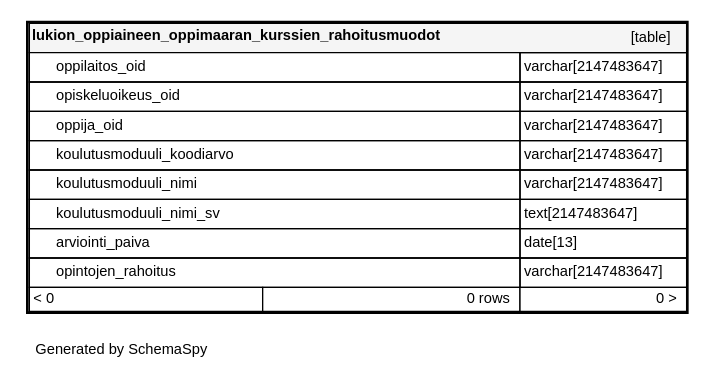
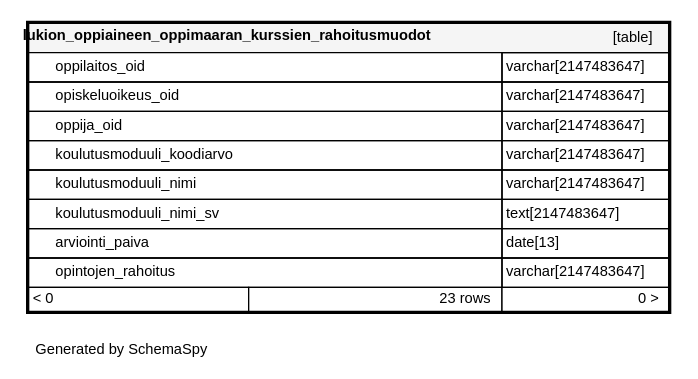
Before and after one commit to Opetushallitus/koski: the diagram in documentation/tietokantaskeemat/koski-raportointikanta/diagrams/tables/lukion_oppiaineen_oppimaaran_ku_6b9ab367.1degree.dot, drawn with Graphviz. The commit also changed 246 other files, not shown here.

```diff
--- a/documentation/tietokantaskeemat/koski-raportointikanta/diagrams/tables/lukion_oppiaineen_oppimaaran_ku_6b9ab367.1degree.dot
+++ b/documentation/tietokantaskeemat/koski-raportointikanta/diagrams/tables/lukion_oppiaineen_oppimaaran_ku_6b9ab367.1degree.dot
@@ -1,21 +1,21 @@
 digraph "oneDegreeRelationshipsDiagram" {
   graph [    rankdir="RL"    bgcolor="#ffffff"    label="\nGenerated by SchemaSpy"    labeljust="l"    nodesep="0.18"    ranksep="0.46"    fontname="Helvetica"    fontsize="11"    ration="compress"  ];  node [    fontname="Helvetica"    fontsize="11"    shape="plaintext"  ];  edge [    arrowsize="0.8"  ];
   "lukion_oppiaineen_oppimaaran_kurssien_rahoitusmuodot" [
    label=<
     <TABLE BORDER="2" CELLBORDER="1" CELLSPACING="0" BGCOLOR="#ffffff">
-      <TR><TD COLSPAN="4"  BGCOLOR="#f5f5f5"><TABLE BORDER="0" CELLSPACING="0"><TR><TD ALIGN="LEFT" FIXEDSIZE="TRUE" WIDTH="347" HEIGHT="16"><B>lukion_oppiaineen_oppimaaran_kurssien_rahoitusmuodot</B></TD><TD ALIGN="RIGHT">[table]</TD></TR></TABLE></TD></TR>
-      <TR><TD PORT="oppilaitos_oid" COLSPAN="2" BGCOLOR="#ffffff" ALIGN="LEFT"><TABLE BORDER="0" CELLSPACING="0" ALIGN="LEFT"><TR ALIGN="LEFT"><TD ALIGN="LEFT" FIXEDSIZE="TRUE" WIDTH="15" HEIGHT="16"></TD><TD ALIGN="LEFT" FIXEDSIZE="TRUE" WIDTH="347" HEIGHT="16">oppilaitos_oid</TD></TR></TABLE></TD><TD PORT="oppilaitos_oid.type" ALIGN="LEFT">varchar[2147483647]</TD></TR>
-      <TR><TD PORT="opiskeluoikeus_oid" COLSPAN="2" ALIGN="LEFT"><TABLE BORDER="0" CELLSPACING="0" ALIGN="LEFT"><TR ALIGN="LEFT"><TD ALIGN="LEFT" FIXEDSIZE="TRUE" WIDTH="15" HEIGHT="16"></TD><TD ALIGN="LEFT" FIXEDSIZE="TRUE" WIDTH="347" HEIGHT="16">opiskeluoikeus_oid</TD></TR></TABLE></TD><TD PORT="opiskeluoikeus_oid.type" ALIGN="LEFT">varchar[2147483647]</TD></TR>
-      <TR><TD PORT="oppija_oid" COLSPAN="2" ALIGN="LEFT"><TABLE BORDER="0" CELLSPACING="0" ALIGN="LEFT"><TR ALIGN="LEFT"><TD ALIGN="LEFT" FIXEDSIZE="TRUE" WIDTH="15" HEIGHT="16"></TD><TD ALIGN="LEFT" FIXEDSIZE="TRUE" WIDTH="347" HEIGHT="16">oppija_oid</TD></TR></TABLE></TD><TD PORT="oppija_oid.type" ALIGN="LEFT">varchar[2147483647]</TD></TR>
-      <TR><TD PORT="koulutusmoduuli_koodiarvo" COLSPAN="2" ALIGN="LEFT"><TABLE BORDER="0" CELLSPACING="0" ALIGN="LEFT"><TR ALIGN="LEFT"><TD ALIGN="LEFT" FIXEDSIZE="TRUE" WIDTH="15" HEIGHT="16"></TD><TD ALIGN="LEFT" FIXEDSIZE="TRUE" WIDTH="347" HEIGHT="16">koulutusmoduuli_koodiarvo</TD></TR></TABLE></TD><TD PORT="koulutusmoduuli_koodiarvo.type" ALIGN="LEFT">varchar[2147483647]</TD></TR>
-      <TR><TD PORT="koulutusmoduuli_nimi" COLSPAN="2" ALIGN="LEFT"><TABLE BORDER="0" CELLSPACING="0" ALIGN="LEFT"><TR ALIGN="LEFT"><TD ALIGN="LEFT" FIXEDSIZE="TRUE" WIDTH="15" HEIGHT="16"></TD><TD ALIGN="LEFT" FIXEDSIZE="TRUE" WIDTH="347" HEIGHT="16">koulutusmoduuli_nimi</TD></TR></TABLE></TD><TD PORT="koulutusmoduuli_nimi.type" ALIGN="LEFT">varchar[2147483647]</TD></TR>
-      <TR><TD PORT="koulutusmoduuli_nimi_sv" COLSPAN="2" ALIGN="LEFT"><TABLE BORDER="0" CELLSPACING="0" ALIGN="LEFT"><TR ALIGN="LEFT"><TD ALIGN="LEFT" FIXEDSIZE="TRUE" WIDTH="15" HEIGHT="16"></TD><TD ALIGN="LEFT" FIXEDSIZE="TRUE" WIDTH="347" HEIGHT="16">koulutusmoduuli_nimi_sv</TD></TR></TABLE></TD><TD PORT="koulutusmoduuli_nimi_sv.type" ALIGN="LEFT">text[2147483647]</TD></TR>
-      <TR><TD PORT="arviointi_paiva" COLSPAN="2" ALIGN="LEFT"><TABLE BORDER="0" CELLSPACING="0" ALIGN="LEFT"><TR ALIGN="LEFT"><TD ALIGN="LEFT" FIXEDSIZE="TRUE" WIDTH="15" HEIGHT="16"></TD><TD ALIGN="LEFT" FIXEDSIZE="TRUE" WIDTH="347" HEIGHT="16">arviointi_paiva</TD></TR></TABLE></TD><TD PORT="arviointi_paiva.type" ALIGN="LEFT">date[13]</TD></TR>
-      <TR><TD PORT="opintojen_rahoitus" COLSPAN="2" ALIGN="LEFT"><TABLE BORDER="0" CELLSPACING="0" ALIGN="LEFT"><TR ALIGN="LEFT"><TD ALIGN="LEFT" FIXEDSIZE="TRUE" WIDTH="15" HEIGHT="16"></TD><TD ALIGN="LEFT" FIXEDSIZE="TRUE" WIDTH="347" HEIGHT="16">opintojen_rahoitus</TD></TR></TABLE></TD><TD PORT="opintojen_rahoitus.type" ALIGN="LEFT">varchar[2147483647]</TD></TR>
-      <TR><TD ALIGN="LEFT" BGCOLOR="#ffffff">&lt; 0</TD><TD ALIGN="RIGHT" BGCOLOR="#ffffff">0 rows</TD><TD ALIGN="RIGHT" BGCOLOR="#ffffff">0 &gt;</TD></TR>
+      <TR><TD COLSPAN="4"  BGCOLOR="#f5f5f5"><TABLE BORDER="0" CELLSPACING="0"><TR><TD ALIGN="LEFT" FIXEDSIZE="TRUE" WIDTH="334" HEIGHT="16"><B>lukion_oppiaineen_oppimaaran_kurssien_rahoitusmuodot</B></TD><TD ALIGN="RIGHT">[table]</TD></TR></TABLE></TD></TR>
+      <TR><TD PORT="oppilaitos_oid" COLSPAN="2" BGCOLOR="#ffffff" ALIGN="LEFT"><TABLE BORDER="0" CELLSPACING="0" ALIGN="LEFT"><TR ALIGN="LEFT"><TD ALIGN="LEFT" FIXEDSIZE="TRUE" WIDTH="15" HEIGHT="16"></TD><TD ALIGN="LEFT" FIXEDSIZE="TRUE" WIDTH="334" HEIGHT="16">oppilaitos_oid</TD></TR></TABLE></TD><TD PORT="oppilaitos_oid.type" ALIGN="LEFT">varchar[2147483647]</TD></TR>
+      <TR><TD PORT="opiskeluoikeus_oid" COLSPAN="2" ALIGN="LEFT"><TABLE BORDER="0" CELLSPACING="0" ALIGN="LEFT"><TR ALIGN="LEFT"><TD ALIGN="LEFT" FIXEDSIZE="TRUE" WIDTH="15" HEIGHT="16"></TD><TD ALIGN="LEFT" FIXEDSIZE="TRUE" WIDTH="334" HEIGHT="16">opiskeluoikeus_oid</TD></TR></TABLE></TD><TD PORT="opiskeluoikeus_oid.type" ALIGN="LEFT">varchar[2147483647]</TD></TR>
+      <TR><TD PORT="oppija_oid" COLSPAN="2" ALIGN="LEFT"><TABLE BORDER="0" CELLSPACING="0" ALIGN="LEFT"><TR ALIGN="LEFT"><TD ALIGN="LEFT" FIXEDSIZE="TRUE" WIDTH="15" HEIGHT="16"></TD><TD ALIGN="LEFT" FIXEDSIZE="TRUE" WIDTH="334" HEIGHT="16">oppija_oid</TD></TR></TABLE></TD><TD PORT="oppija_oid.type" ALIGN="LEFT">varchar[2147483647]</TD></TR>
+      <TR><TD PORT="koulutusmoduuli_koodiarvo" COLSPAN="2" ALIGN="LEFT"><TABLE BORDER="0" CELLSPACING="0" ALIGN="LEFT"><TR ALIGN="LEFT"><TD ALIGN="LEFT" FIXEDSIZE="TRUE" WIDTH="15" HEIGHT="16"></TD><TD ALIGN="LEFT" FIXEDSIZE="TRUE" WIDTH="334" HEIGHT="16">koulutusmoduuli_koodiarvo</TD></TR></TABLE></TD><TD PORT="koulutusmoduuli_koodiarvo.type" ALIGN="LEFT">varchar[2147483647]</TD></TR>
+      <TR><TD PORT="koulutusmoduuli_nimi" COLSPAN="2" ALIGN="LEFT"><TABLE BORDER="0" CELLSPACING="0" ALIGN="LEFT"><TR ALIGN="LEFT"><TD ALIGN="LEFT" FIXEDSIZE="TRUE" WIDTH="15" HEIGHT="16"></TD><TD ALIGN="LEFT" FIXEDSIZE="TRUE" WIDTH="334" HEIGHT="16">koulutusmoduuli_nimi</TD></TR></TABLE></TD><TD PORT="koulutusmoduuli_nimi.type" ALIGN="LEFT">varchar[2147483647]</TD></TR>
+      <TR><TD PORT="koulutusmoduuli_nimi_sv" COLSPAN="2" ALIGN="LEFT"><TABLE BORDER="0" CELLSPACING="0" ALIGN="LEFT"><TR ALIGN="LEFT"><TD ALIGN="LEFT" FIXEDSIZE="TRUE" WIDTH="15" HEIGHT="16"></TD><TD ALIGN="LEFT" FIXEDSIZE="TRUE" WIDTH="334" HEIGHT="16">koulutusmoduuli_nimi_sv</TD></TR></TABLE></TD><TD PORT="koulutusmoduuli_nimi_sv.type" ALIGN="LEFT">text[2147483647]</TD></TR>
+      <TR><TD PORT="arviointi_paiva" COLSPAN="2" ALIGN="LEFT"><TABLE BORDER="0" CELLSPACING="0" ALIGN="LEFT"><TR ALIGN="LEFT"><TD ALIGN="LEFT" FIXEDSIZE="TRUE" WIDTH="15" HEIGHT="16"></TD><TD ALIGN="LEFT" FIXEDSIZE="TRUE" WIDTH="334" HEIGHT="16">arviointi_paiva</TD></TR></TABLE></TD><TD PORT="arviointi_paiva.type" ALIGN="LEFT">date[13]</TD></TR>
+      <TR><TD PORT="opintojen_rahoitus" COLSPAN="2" ALIGN="LEFT"><TABLE BORDER="0" CELLSPACING="0" ALIGN="LEFT"><TR ALIGN="LEFT"><TD ALIGN="LEFT" FIXEDSIZE="TRUE" WIDTH="15" HEIGHT="16"></TD><TD ALIGN="LEFT" FIXEDSIZE="TRUE" WIDTH="334" HEIGHT="16">opintojen_rahoitus</TD></TR></TABLE></TD><TD PORT="opintojen_rahoitus.type" ALIGN="LEFT">varchar[2147483647]</TD></TR>
+      <TR><TD ALIGN="LEFT" BGCOLOR="#ffffff">&lt; 0</TD><TD ALIGN="RIGHT" BGCOLOR="#ffffff">23 rows</TD><TD ALIGN="RIGHT" BGCOLOR="#ffffff">0 &gt;</TD></TR>
     </TABLE>>
     URL="../../tables/lukion_oppiaineen_oppimaaran_ku_6b9ab367.html"
     target="_top"
     tooltip="lukion_oppiaineen_oppimaaran_kurssien_rahoitusmuodot"
   ];
 }
```
